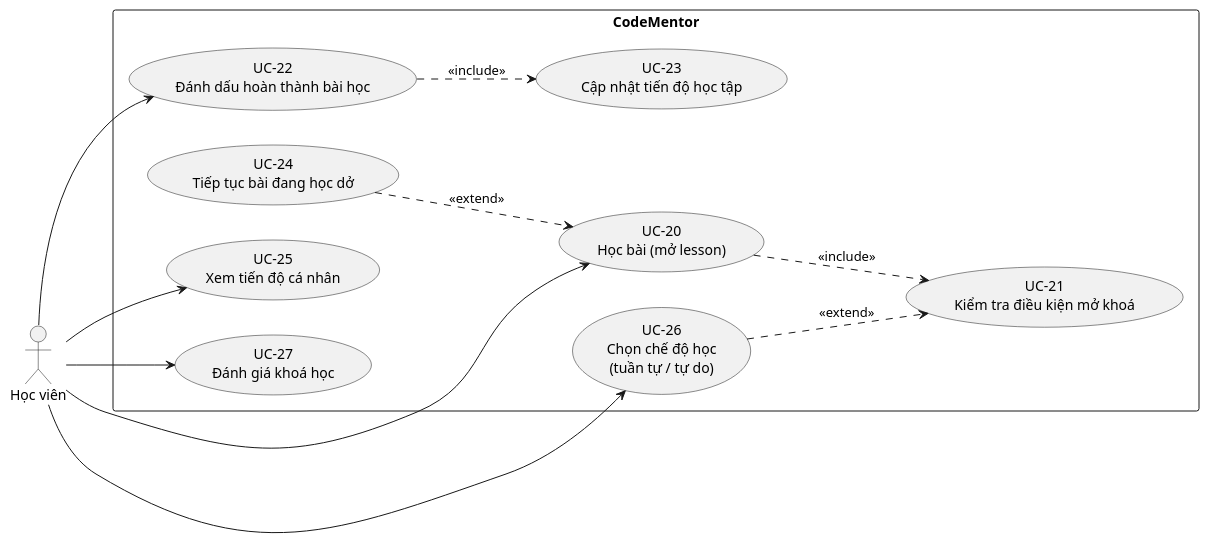
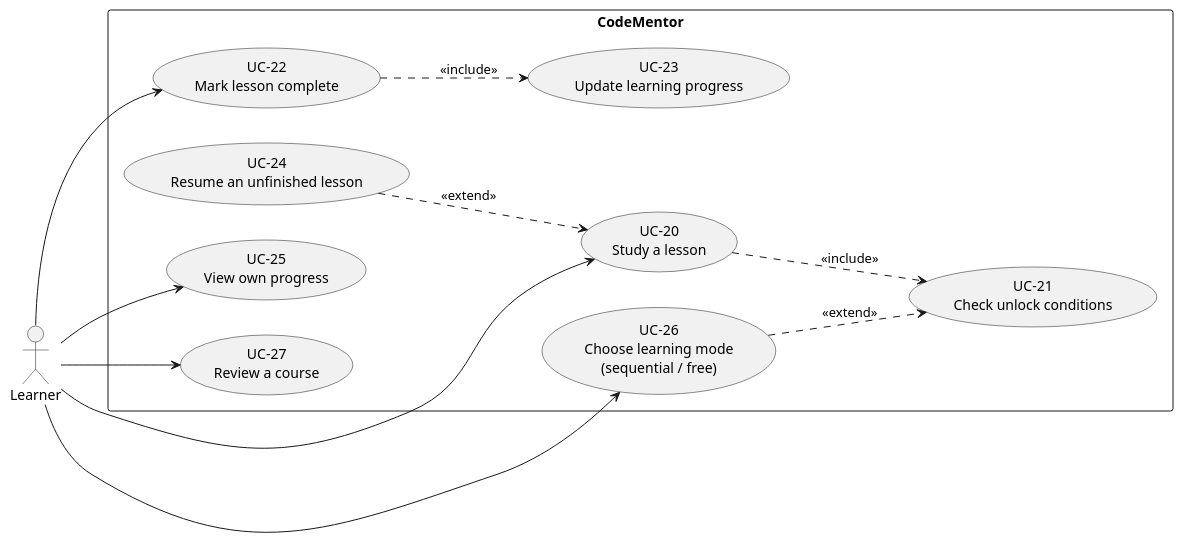
The fourth of 10 diagrams in docs/07-use-case-model.md (codementor-official/codementor-infra), drawn with PlantUML before and after one commit. The commit also changed other lines of this file and 16 other files, not shown here.

First line of the commit message:
docs: English README, use-case docs and diagrams

````diff
--- a/docs/07-use-case-model.md
+++ b/docs/07-use-case-model.md
@@ -220,28 +223,28 @@
 ```plantuml
 @startuml p3-learning
 left to right direction
-actor "Học viên" as Learner
+actor "Learner" as Learner
 
 rectangle "CodeMentor" {
-  usecase "UC-20\nHọc bài (mở lesson)" as UC20
-  usecase "UC-21\nKiểm tra điều kiện mở khoá" as UC21
-  usecase "UC-22\nĐánh dấu hoàn thành bài học" as UC22
-  usecase "UC-23\nCập nhật tiến độ học tập" as UC23
-  usecase "UC-24\nTiếp tục bài đang học dở" as UC24
-  usecase "UC-25\nXem tiến độ cá nhân" as UC25
-  usecase "UC-26\nChọn chế độ học\n(tuần tự / tự do)" as UC26
-  usecase "UC-27\nĐánh giá khoá học" as UC27
+  usecase "UC-20\nStudy a lesson" as UC20
+  usecase "UC-21\nCheck unlock conditions" as UC21
+  usecase "UC-22\nMark lesson complete" as UC22
+  usecase "UC-23\nUpdate learning progress" as UC23
+  usecase "UC-24\nResume an unfinished lesson" as UC24
+  usecase "UC-25\nView own progress" as UC25
+  usecase "UC-26\nChoose learning mode\n(sequential / free)" as UC26
+  usecase "UC-27\nReview a course" as UC27
 
   UC20 ..> UC21 : <<include>>
   UC22 ..> UC23 : <<include>>
   UC24 ..> UC20 : <<extend>>
   UC26 ..> UC21 : <<extend>>
 }
 
 Learner --> UC20
 Learner --> UC22
 Learner --> UC25
 Learner --> UC26
 Learner --> UC27
 @enduml
 ```
````
